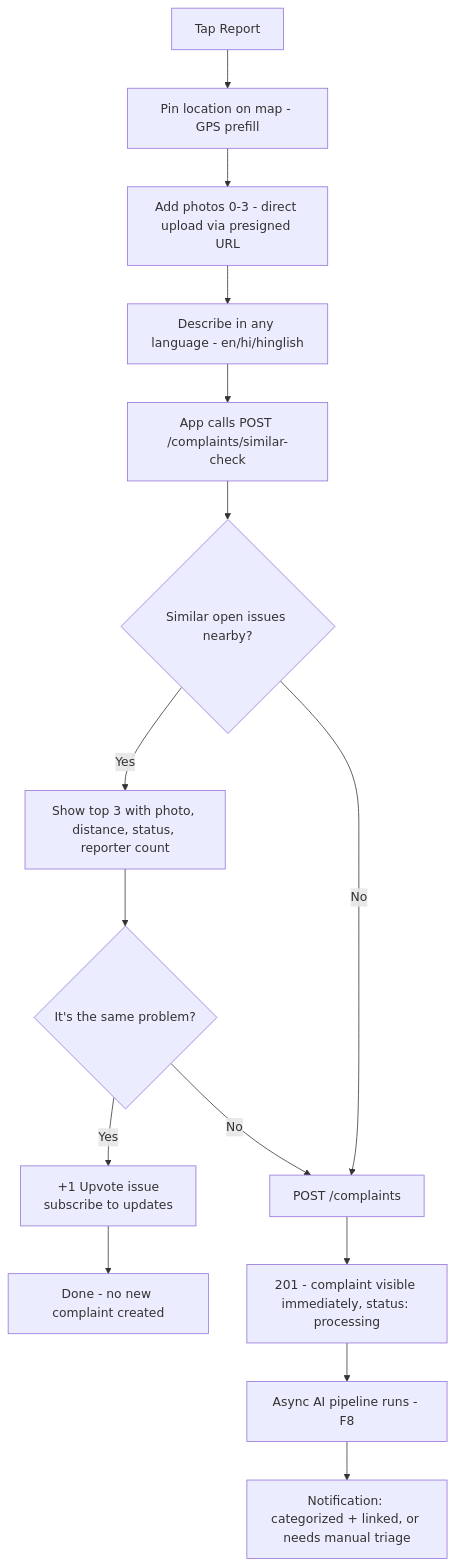
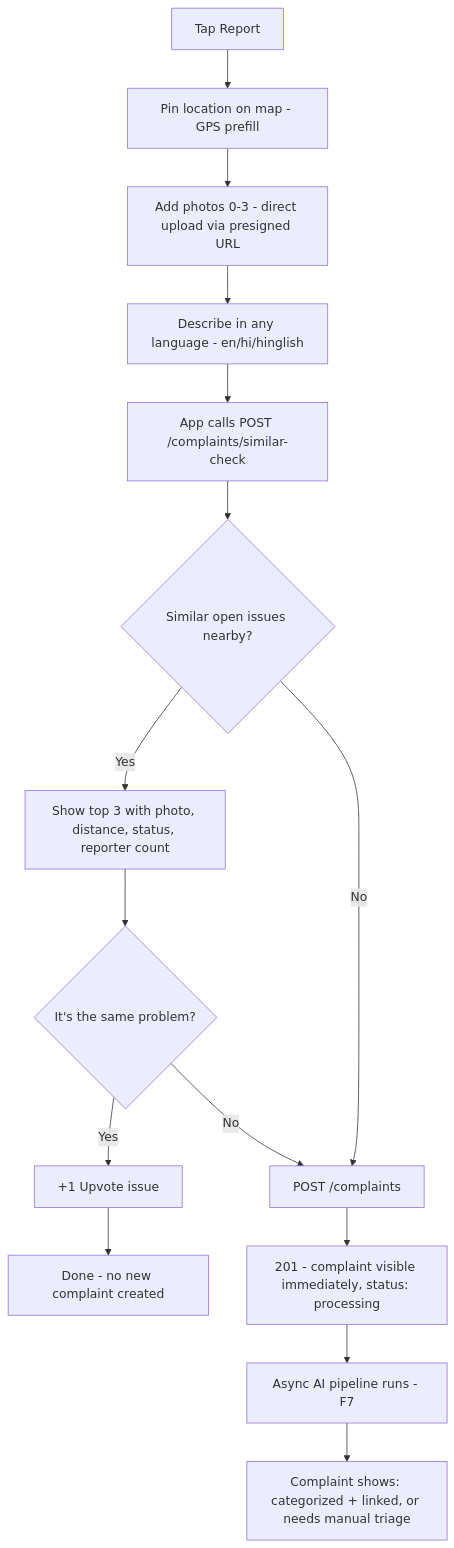
The second of 7 diagrams in docs/02-user-flows.md (kalisingh2277/CivicPulse-AI), drawn with Mermaid before and after one commit. The commit also changed other lines of this file and 9 other files, not shown here.

````diff
--- a/docs/02-user-flows.md
+++ b/docs/02-user-flows.md
@@ -34,18 +34,17 @@
 ```mermaid
 flowchart TD
     A[Tap Report] --> B[Pin location on map - GPS prefill]
     B --> C[Add photos 0-3 - direct upload via presigned URL]
     C --> D[Describe in any language - en/hi/hinglish]
     D --> E[App calls POST /complaints/similar-check]
     E --> F{Similar open issues nearby?}
     F -- Yes --> G[Show top 3 with photo, distance, status, reporter count]
     G --> H{It's the same problem?}
-    H -- Yes --> I[+1 Upvote issue
-subscribe to updates]
+    H -- Yes --> I[+1 Upvote issue]
     I --> J[Done - no new complaint created]
     H -- No --> K[POST /complaints]
     F -- No --> K
     K --> L[201 - complaint visible immediately, status: processing]
-    L --> M[Async AI pipeline runs - F8]
-    M --> N[Notification: categorized + linked, or needs manual triage]
+    L --> M[Async AI pipeline runs - F7]
+    M --> N[Complaint shows: categorized + linked, or needs manual triage]
 ```
````
